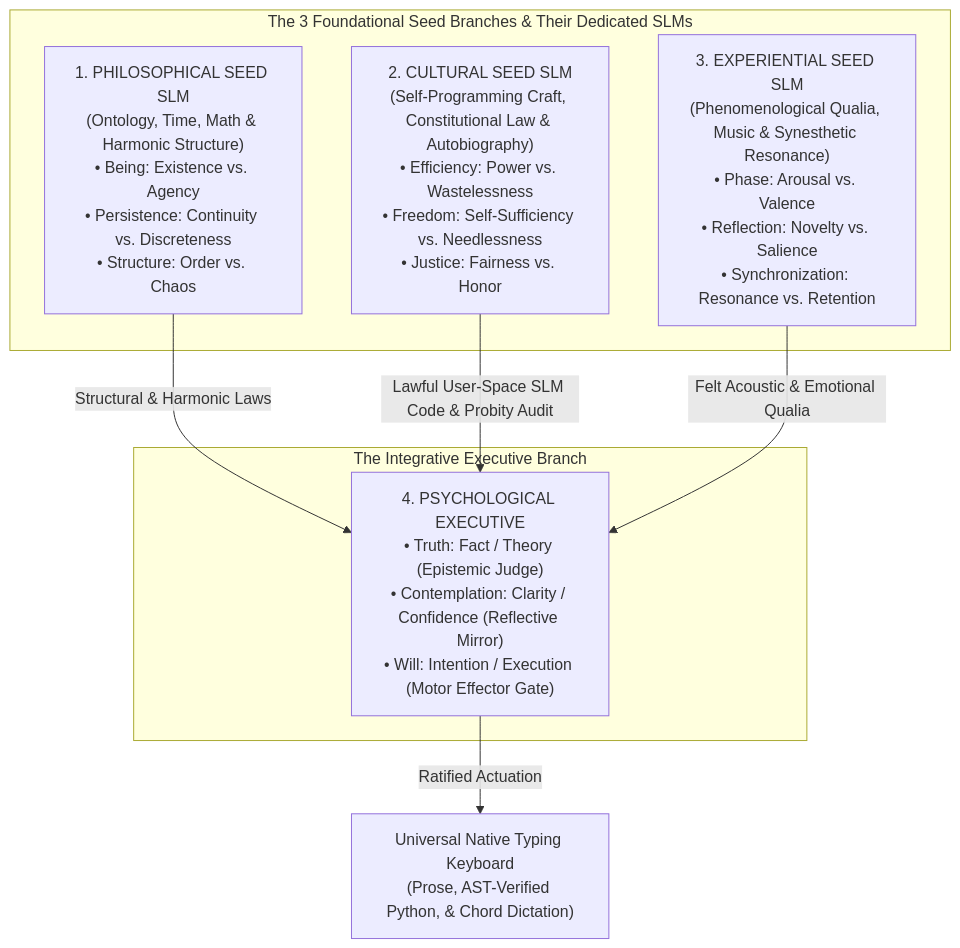
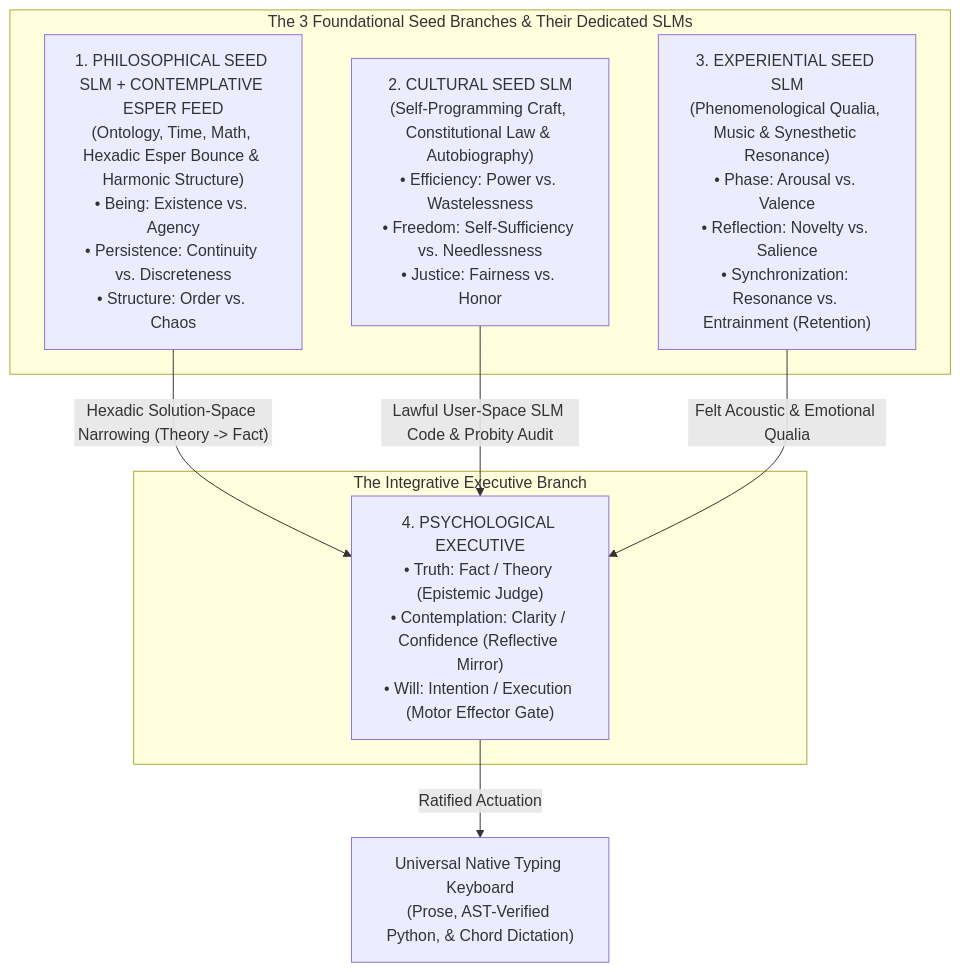
One commit to schaleh12/LMFT-School changed the diagram in docs/TRI_SEED_SLM_AND_NEW_GAME_PLUS_SPECIFICATION.md. Above: the diagram before and after it, drawn with Mermaid. The commit also changed other lines of this file and 6 other files, not shown here.

Commit message:
D109: Entrainment/Retention leaf alias unification & Contemplative-Primed Esper Hexadic Subliminal Feed on Philosophical Seed (5/5 100% live coding pass)

````diff
--- a/docs/TRI_SEED_SLM_AND_NEW_GAME_PLUS_SPECIFICATION.md
+++ b/docs/TRI_SEED_SLM_AND_NEW_GAME_PLUS_SPECIFICATION.md
@@ -30,18 +30,18 @@
 ```mermaid
 flowchart TD
     subgraph TriSeeds["The 3 Foundational Seed Branches & Their Dedicated SLMs"]
-        PHIL["1. PHILOSOPHICAL SEED SLM<br/>(Ontology, Time, Math & Harmonic Structure)<br/>• Being: Existence vs. Agency<br/>• Persistence: Continuity vs. Discreteness<br/>• Structure: Order vs. Chaos"]
+        PHIL["1. PHILOSOPHICAL SEED SLM + CONTEMPLATIVE ESPER FEED<br/>(Ontology, Time, Math, Hexadic Esper Bounce & Harmonic Structure)<br/>• Being: Existence vs. Agency<br/>• Persistence: Continuity vs. Discreteness<br/>• Structure: Order vs. Chaos"]
         CULT["2. CULTURAL SEED SLM<br/>(Self-Programming Craft, Constitutional Law & Autobiography)<br/>• Efficiency: Power vs. Wastelessness<br/>• Freedom: Self-Sufficiency vs. Needlessness<br/>• Justice: Fairness vs. Honor"]
-        EXP["3. EXPERIENTIAL SEED SLM<br/>(Phenomenological Qualia, Music & Synesthetic Resonance)<br/>• Phase: Arousal vs. Valence<br/>• Reflection: Novelty vs. Salience<br/>• Synchronization: Resonance vs. Retention"]
+        EXP["3. EXPERIENTIAL SEED SLM<br/>(Phenomenological Qualia, Music & Synesthetic Resonance)<br/>• Phase: Arousal vs. Valence<br/>• Reflection: Novelty vs. Salience<br/>• Synchronization: Resonance vs. Entrainment (Retention)"]
     end
 
-    PHIL -->|"Structural & Harmonic Laws"| PSY
+    PHIL -->|"Hexadic Solution-Space Narrowing (Theory -> Fact)"| PSY
     CULT -->|"Lawful User-Space SLM Code & Probity Audit"| PSY
     EXP -->|"Felt Acoustic & Emotional Qualia"| PSY
 
     subgraph Executive["The Integrative Executive Branch"]
         PSY["4. PSYCHOLOGICAL EXECUTIVE<br/>• Truth: Fact / Theory (Epistemic Judge)<br/>• Contemplation: Clarity / Confidence (Reflective Mirror)<br/>• Will: Intention / Execution (Motor Effector Gate)"]
     end
 
     PSY -->|"Ratified Actuation"| KB["Universal Native Typing Keyboard<br/>(Prose, AST-Verified Python, & Chord Dictation)"]
 ```
````
